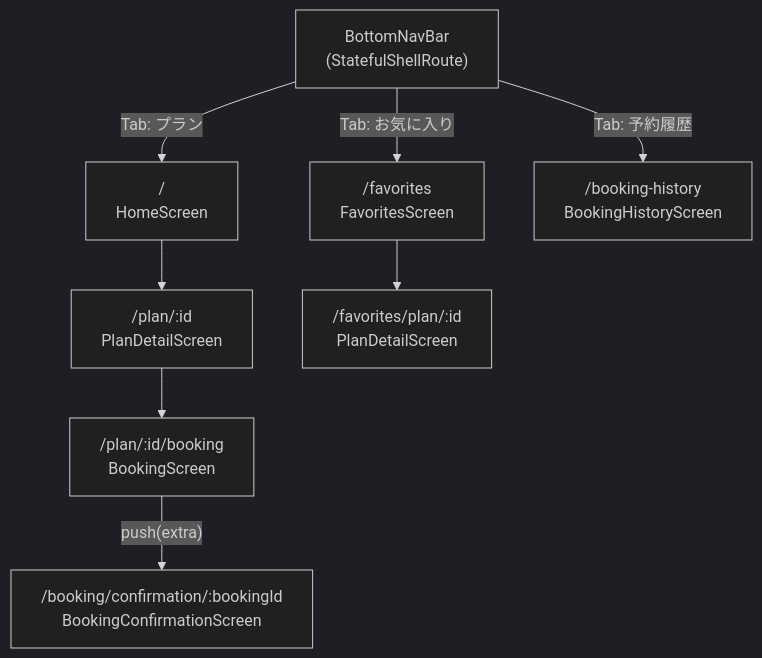
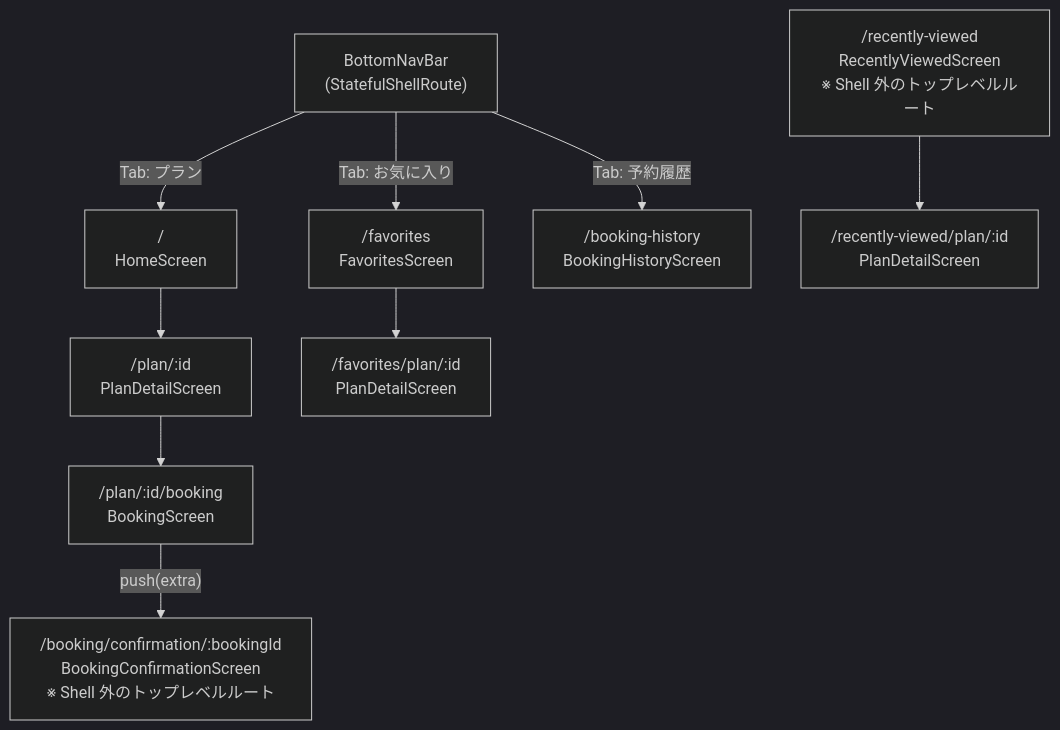
Before and after one commit to fumiyasac/travel_booking: the fifth of 5 diagrams in README.md, drawn with Mermaid (dark theme). The commit also changed other lines of this file and 5 other files, not shown here.

````diff
--- a/README.md
+++ b/README.md
@@ -774,18 +774,21 @@
 ```mermaid
 graph TD
   Nav["BottomNavBar<br/>(StatefulShellRoute)"]
   Home["/\nHomeScreen"]
   Fav["/favorites\nFavoritesScreen"]
   Hist["/booking-history\nBookingHistoryScreen"]
   PD["/plan/:id\nPlanDetailScreen"]
   BK["/plan/:id/booking\nBookingScreen"]
   FPD["/favorites/plan/:id\nPlanDetailScreen"]
-  Conf["/booking/confirmation/:bookingId\nBookingConfirmationScreen"]
+  Conf["/booking/confirmation/:bookingId\nBookingConfirmationScreen\n※ Shell 外のトップレベルルート"]
+  RV["/recently-viewed\nRecentlyViewedScreen\n※ Shell 外のトップレベルルート"]
+  RVPD["/recently-viewed/plan/:id\nPlanDetailScreen"]
 
   Nav -->|"Tab: プラン"| Home
   Nav -->|"Tab: お気に入り"| Fav
   Nav -->|"Tab: 予約履歴"| Hist
   Home --> PD --> BK
   Fav --> FPD
   BK -->|"push(extra)"| Conf
+  RV --> RVPD
 ```
````
